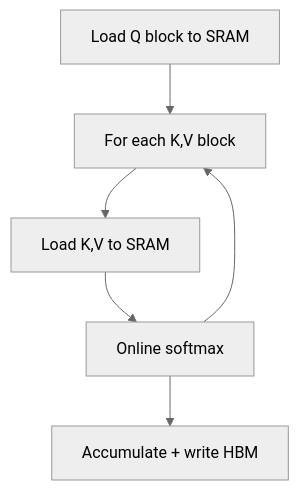
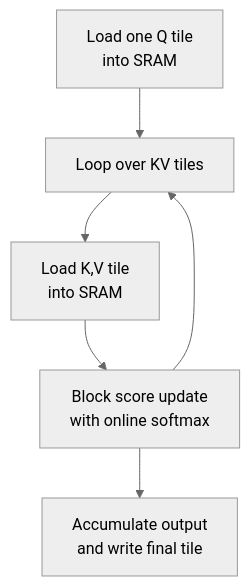
One commit to danilop/micro-gpt-and-beyond changed the diagram in walk-the-code/diagrams/tiled_flash.mmd. Above: the diagram before and after it, drawn with Mermaid (neutral theme). The commit also changed 45 other files, not shown here.

```diff
--- a/walk-the-code/diagrams/tiled_flash.mmd
+++ b/walk-the-code/diagrams/tiled_flash.mmd
@@ -1,7 +1,7 @@
 graph TD
-    t_load[Load Q block to SRAM]
-    t_load --> t_loop[For each K,V block]
-    t_loop --> t_kv[Load K,V to SRAM]
-    t_kv --> t_compute[Online softmax]
-    t_compute --> t_accum[Accumulate + write HBM]
+    t_load[Load one Q tile<br/>into SRAM]
+    t_load --> t_loop[Loop over KV tiles]
+    t_loop --> t_kv[Load K,V tile<br/>into SRAM]
+    t_kv --> t_compute[Block score update<br/>with online softmax]
+    t_compute --> t_accum[Accumulate output<br/>and write final tile]
     t_compute --> t_loop
```
